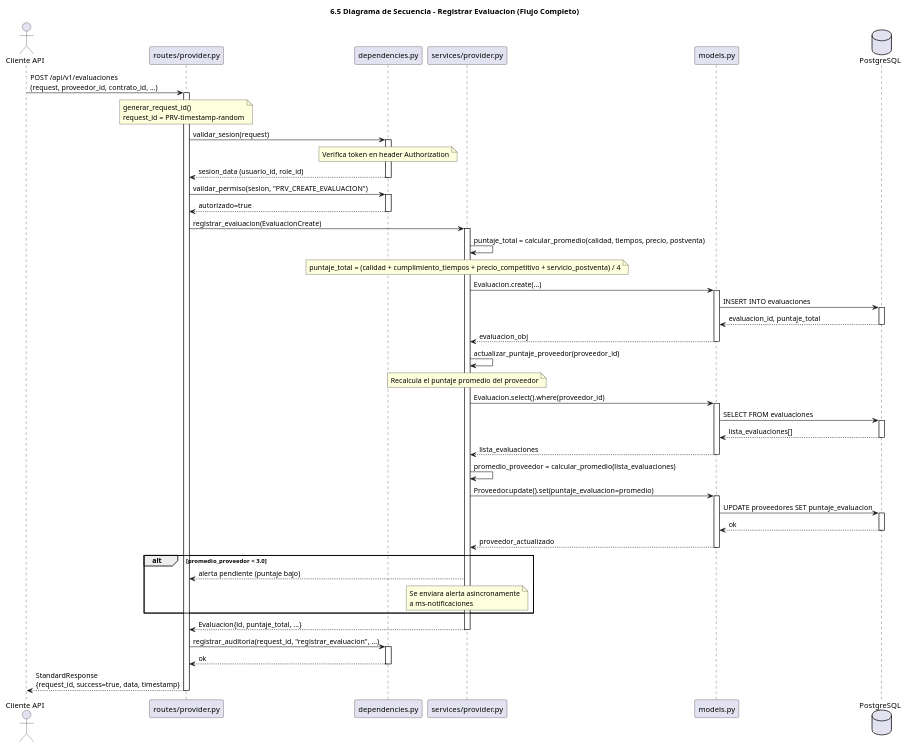
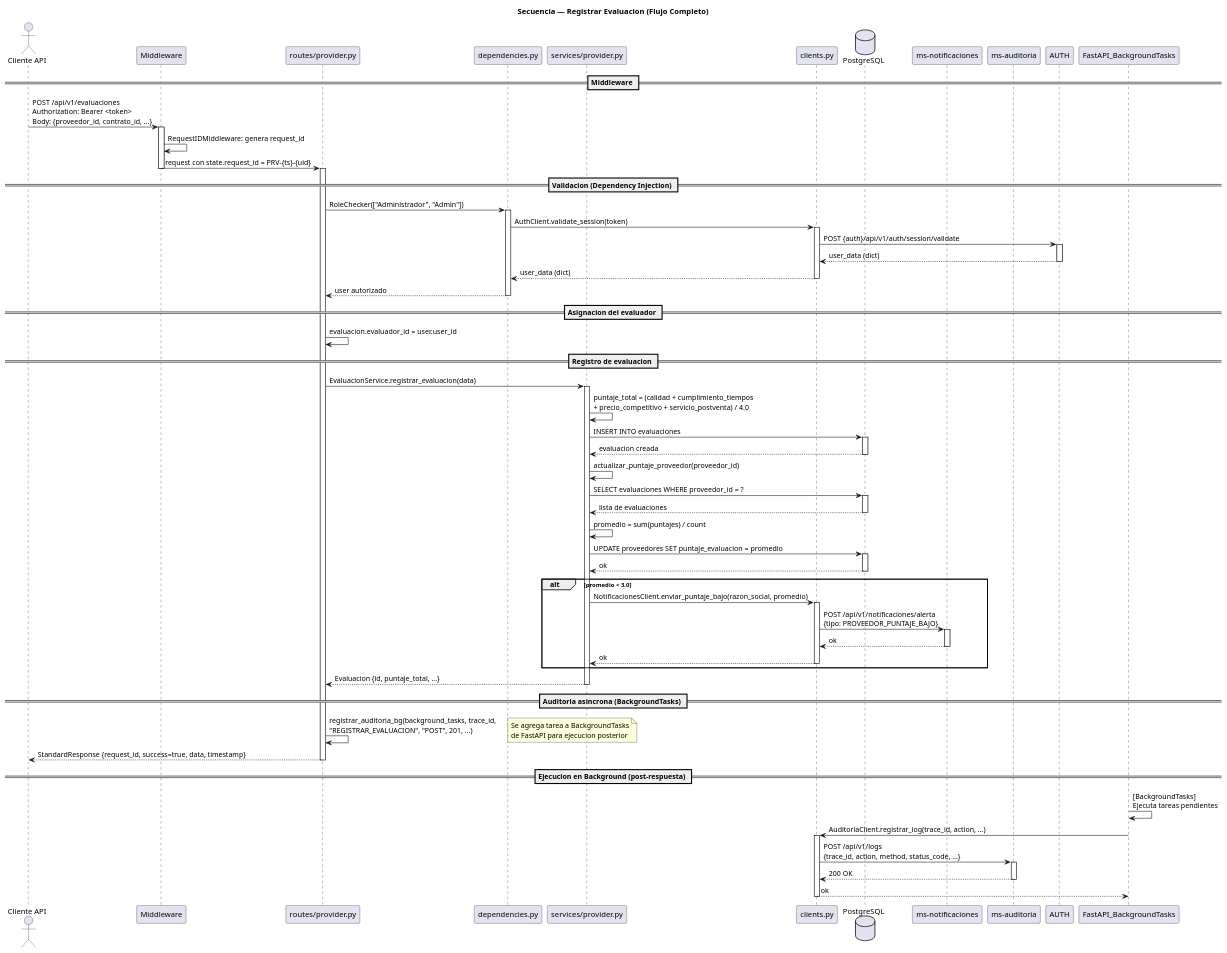
The diagram in docs/uml/secuencia_registrar_evaluacion.puml (Reluckycf/ms-proveedores), drawn with PlantUML before and after one commit. The commit also changed other lines of this file and 33 other files, not shown here.

Commit message:
agregado y modificado docs, documento de arquitectura, cambios a diagramas uml y exportados a pdf y png

```diff
--- a/docs/uml/secuencia_registrar_evaluacion.puml
+++ b/docs/uml/secuencia_registrar_evaluacion.puml
@@ -1,93 +1,99 @@
 @startuml
-title 6.5 Diagrama de Secuencia - Registrar Evaluacion (Flujo Completo)
+title Secuencia — Registrar Evaluacion (Flujo Completo)
 
 actor "Cliente API" as Cliente
+participant "Middleware" as MW
 participant "routes/provider.py" as Routes
 participant "dependencies.py" as Deps
 participant "services/provider.py" as Service
-participant "models.py" as Models
+participant "clients.py" as Clients
 database "PostgreSQL" as DB
+participant "ms-notificaciones" as NOTIF
+participant "ms-auditoria" as AUDIT
 
-Cliente -> Routes: POST /api/v1/evaluaciones\n(request, proveedor_id, contrato_id, ...)
+== Middleware ==
+Cliente -> MW : POST /api/v1/evaluaciones\nAuthorization: Bearer <token>\nBody: {proveedor_id, contrato_id, ...}
+activate MW
+MW -> MW : RequestIDMiddleware: genera request_id
+MW -> Routes : request con state.request_id = PRV-{ts}-{uid}
+deactivate MW
+
 activate Routes
 
-note over Routes
-generar_request_id()
-request_id = PRV-timestamp-random
+== Validacion (Dependency Injection) ==
+Routes -> Deps : RoleChecker(["Administrador", "Admin"])
+activate Deps
+Deps -> Clients : AuthClient.validate_session(token)
+activate Clients
+Clients -> AUTH : POST {auth}/api/v1/auth/session/validate
+activate AUTH
+AUTH --> Clients : user_data (dict)
+deactivate AUTH
+Clients --> Deps : user_data (dict)
+deactivate Clients
+Deps --> Routes : user autorizado
+deactivate Deps
+
+== Asignacion del evaluador ==
+Routes -> Routes : evaluacion.evaluador_id = user.user_id
+
+== Registro de evaluacion ==
+Routes -> Service : EvaluacionService.registrar_evaluacion(data)
+activate Service
+
+Service -> Service : puntaje_total = (calidad + cumplimiento_tiempos\n+ precio_competitivo + servicio_postventa) / 4.0
+
+Service -> DB : INSERT INTO evaluaciones
+activate DB
+DB --> Service : evaluacion creada
+deactivate DB
+
+Service -> Service : actualizar_puntaje_proveedor(proveedor_id)
+Service -> DB : SELECT evaluaciones WHERE proveedor_id = ?
+activate DB
+DB --> Service : lista de evaluaciones
+deactivate DB
+Service -> Service : promedio = sum(puntajes) / count
+Service -> DB : UPDATE proveedores SET puntaje_evaluacion = promedio
+activate DB
+DB --> Service : ok
+deactivate DB
+
+alt promedio < 3.0
+  Service -> Clients : NotificacionesClient.enviar_puntaje_bajo(razon_social, promedio)
+  activate Clients
+  Clients -> NOTIF : POST /api/v1/notificaciones/alerta\n{tipo: PROVEEDOR_PUNTAJE_BAJO}
+  activate NOTIF
+  NOTIF --> Clients : ok
+  deactivate NOTIF
+  Clients --> Service : ok
+  deactivate Clients
+end
+
+Service --> Routes : Evaluacion {id, puntaje_total, ...}
+deactivate Service
+
+== Auditoria asincrona (BackgroundTasks) ==
+Routes -> Routes : registrar_auditoria_bg(background_tasks, trace_id,\n"REGISTRAR_EVALUACION", "POST", 201, ...)
+note right
+Se agrega tarea a BackgroundTasks
+de FastAPI para ejecucion posterior
 end note
 
-Routes -> Deps: validar_sesion(request)
-activate Deps
-note over Deps
-Verifica token en header Authorization
-end note
-Deps --> Routes: sesion_data (usuario_id, role_id)
-deactivate Deps
-
-Routes -> Deps: validar_permiso(sesion, "PRV_CREATE_EVALUACION")
-activate Deps
-Deps --> Routes: autorizado=true
-deactivate Deps
-
-Routes -> Service: registrar_evaluacion(EvaluacionCreate)
-activate Service
-
-Service -> Service: puntaje_total = calcular_promedio(calidad, tiempos, precio, postventa)
-note over Service
-puntaje_total = (calidad + cumplimiento_tiempos + precio_competitivo + servicio_postventa) / 4
-end note
-
-Service -> Models: Evaluacion.create(...)
-activate Models
-Models -> DB: INSERT INTO evaluaciones
-activate DB
-DB --> Models: evaluacion_id, puntaje_total
-deactivate DB
-Models --> Service: evaluacion_obj
-deactivate Models
-
-Service -> Service: actualizar_puntaje_proveedor(proveedor_id)
-note over Service
-Recalcula el puntaje promedio del proveedor
-end note
-
-Service -> Models: Evaluacion.select().where(proveedor_id)
-activate Models
-Models -> DB: SELECT FROM evaluaciones
-activate DB
-DB --> Models: lista_evaluaciones[]
-deactivate DB
-Models --> Service: lista_evaluaciones
-deactivate Models
-
-Service -> Service: promedio_proveedor = calcular_promedio(lista_evaluaciones)
-
-Service -> Models: Proveedor.update().set(puntaje_evaluacion=promedio)
-activate Models
-Models -> DB: UPDATE proveedores SET puntaje_evaluacion
-activate DB
-DB --> Models: ok
-deactivate DB
-Models --> Service: proveedor_actualizado
-deactivate Models
-
-alt promedio_proveedor < 3.0
-  Service --> Routes: alerta pendiente (puntaje bajo)
-  note over Service
-  Se enviara alerta asincronamente
-  a ms-notificaciones
-  end note
-end
-
-Service --> Routes: Evaluacion{id, puntaje_total, ...}
-deactivate Service
-
-Routes -> Deps: registrar_auditoria(request_id, "registrar_evaluacion", ...)
-activate Deps
-Deps --> Routes: ok
-deactivate Deps
-
-Routes --> Cliente: StandardResponse\n{request_id, success=true, data, timestamp}
+Routes --> Cliente : StandardResponse {request_id, success=true, data, timestamp}
 deactivate Routes
 
+== Ejecucion en Background (post-respuesta) ==
+participant FastAPI_BackgroundTasks as BT
+BT -> BT : [BackgroundTasks]\nEjecuta tareas pendientes
+
+BT -> Clients : AuditoriaClient.registrar_log(trace_id, action, ...)
+activate Clients
+Clients -> AUDIT : POST /api/v1/logs\n{trace_id, action, method, status_code, ...}
+activate AUDIT
+AUDIT --> Clients : 200 OK
+deactivate AUDIT
+Clients --> BT : ok
+deactivate Clients
+
 @enduml
```
